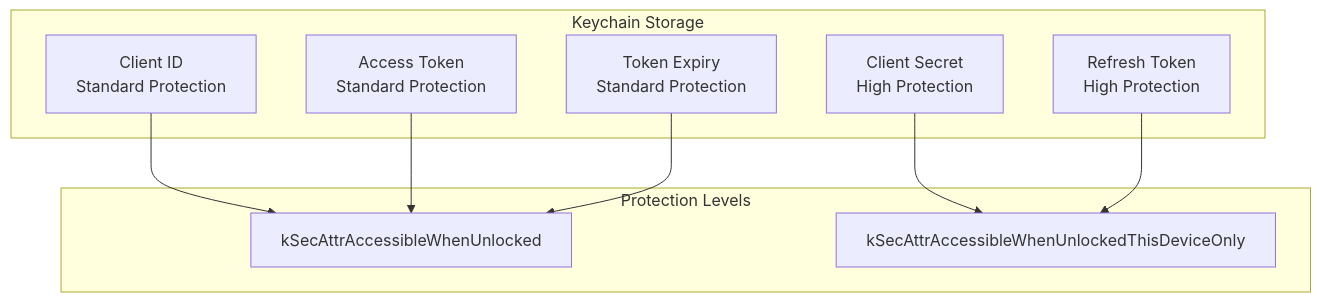
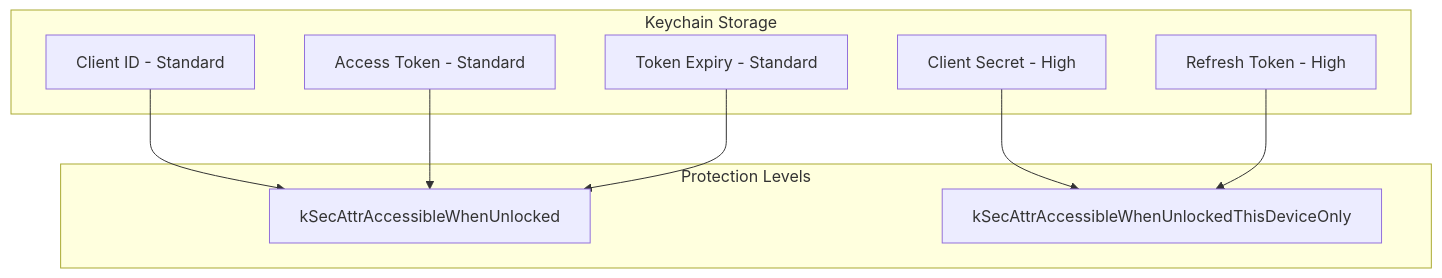
The third of 6 diagrams in docs/OAUTH-FLOW.md (welshofer/Timor), drawn with Mermaid before and after one commit. The commit also changed 3 other files, not shown here.

First line of the commit message:
Fix Mermaid diagram syntax for GitHub rendering

````diff
--- a/docs/OAUTH-FLOW.md
+++ b/docs/OAUTH-FLOW.md
@@ -180,21 +180,21 @@
 ```mermaid
 graph TB
     subgraph "Keychain Storage"
-        CID[Client ID<br/>Standard Protection]
-        CS[Client Secret<br/>High Protection]
-        AT[Access Token<br/>Standard Protection]
-        RT[Refresh Token<br/>High Protection]
-        EXP[Token Expiry<br/>Standard Protection]
+        CID["Client ID - Standard"]
+        CS["Client Secret - High"]
+        AT["Access Token - Standard"]
+        RT["Refresh Token - High"]
+        EXP["Token Expiry - Standard"]
     end
 
     subgraph "Protection Levels"
-        STD[kSecAttrAccessibleWhenUnlocked]
-        HIGH[kSecAttrAccessibleWhenUnlockedThisDeviceOnly]
+        STD["kSecAttrAccessibleWhenUnlocked"]
+        HIGH["kSecAttrAccessibleWhenUnlockedThisDeviceOnly"]
     end
 
     CID --> STD
     AT --> STD
     EXP --> STD
     CS --> HIGH
     RT --> HIGH
 ```
````
